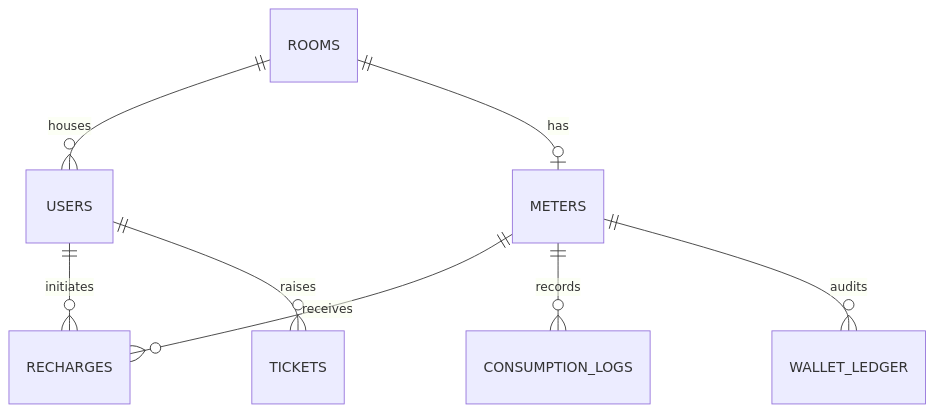
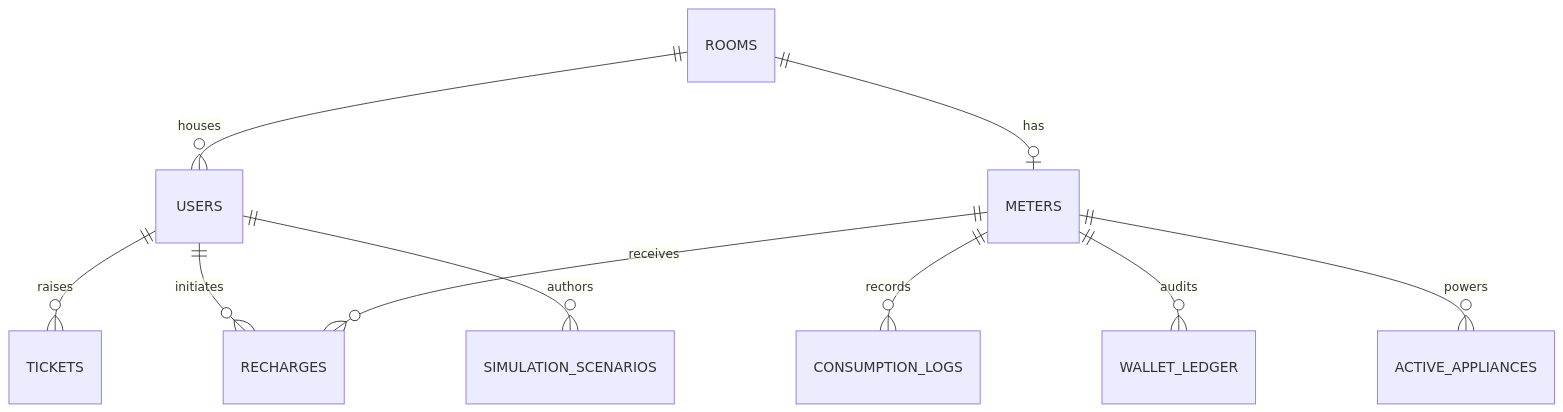
The diagram in docs/DATA_MODEL.md (Er-Ishan-Srivastav/SmartVolt), drawn with Mermaid before and after one commit. The commit also changed other lines of this file and 21 other files, not shown here.

````diff
--- a/docs/DATA_MODEL.md
+++ b/docs/DATA_MODEL.md
@@ -5,10 +5,12 @@
 ```mermaid
 erDiagram
     ROOMS ||--o{ USERS : houses
     ROOMS ||--o| METERS : has
     METERS ||--o{ RECHARGES : receives
     USERS ||--o{ RECHARGES : initiates
     METERS ||--o{ CONSUMPTION_LOGS : records
     METERS ||--o{ WALLET_LEDGER : audits
     USERS ||--o{ TICKETS : raises
+    METERS ||--o{ ACTIVE_APPLIANCES : powers
+    USERS ||--o{ SIMULATION_SCENARIOS : authors
 ```
````
